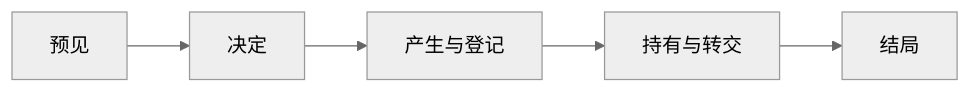
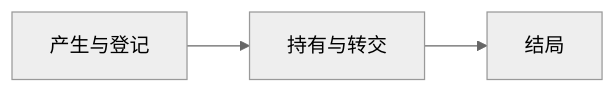
One commit to sayoriqwq/sayori.chr changed the diagram in theory/agency/effect.md. Above: the diagram before and after it, drawn with Mermaid (neutral theme). The commit also changed other lines of this file and 28 other files, not shown here.

````diff
--- a/theory/agency/effect.md
+++ b/theory/agency/effect.md
@@ -52,4 +54,4 @@
 ```mermaid
 flowchart LR
-    F["预见"] --> D["决定"] --> R["产生与登记"] --> H["持有与转交"] --> E["结局"]
+    R["产生与登记"] --> H["持有与转交"] --> E["结局"]
 ```
````
